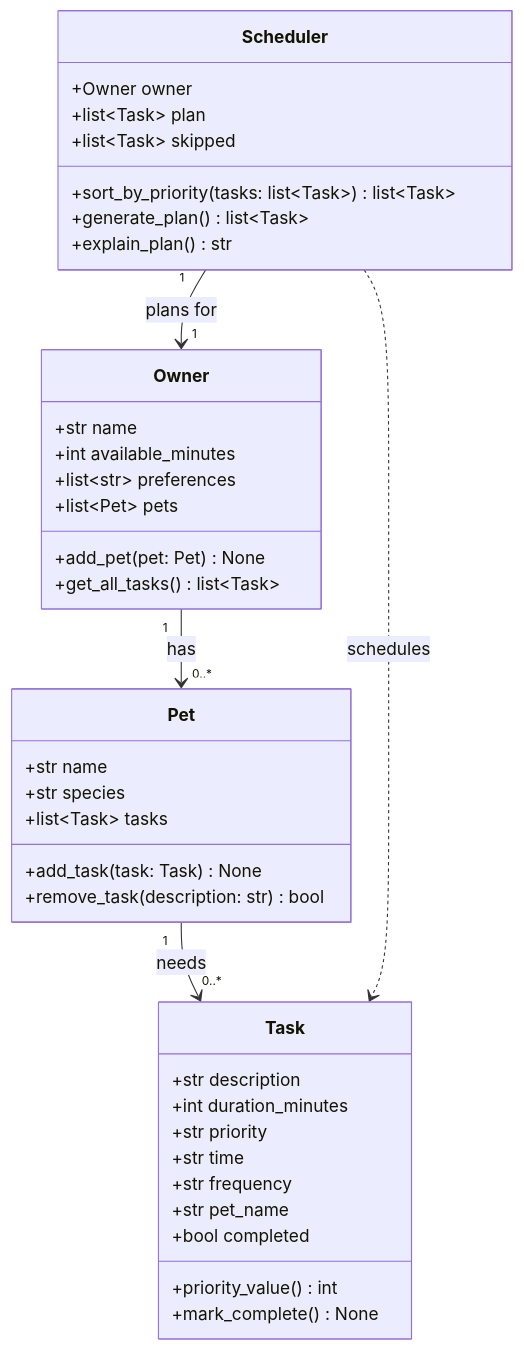
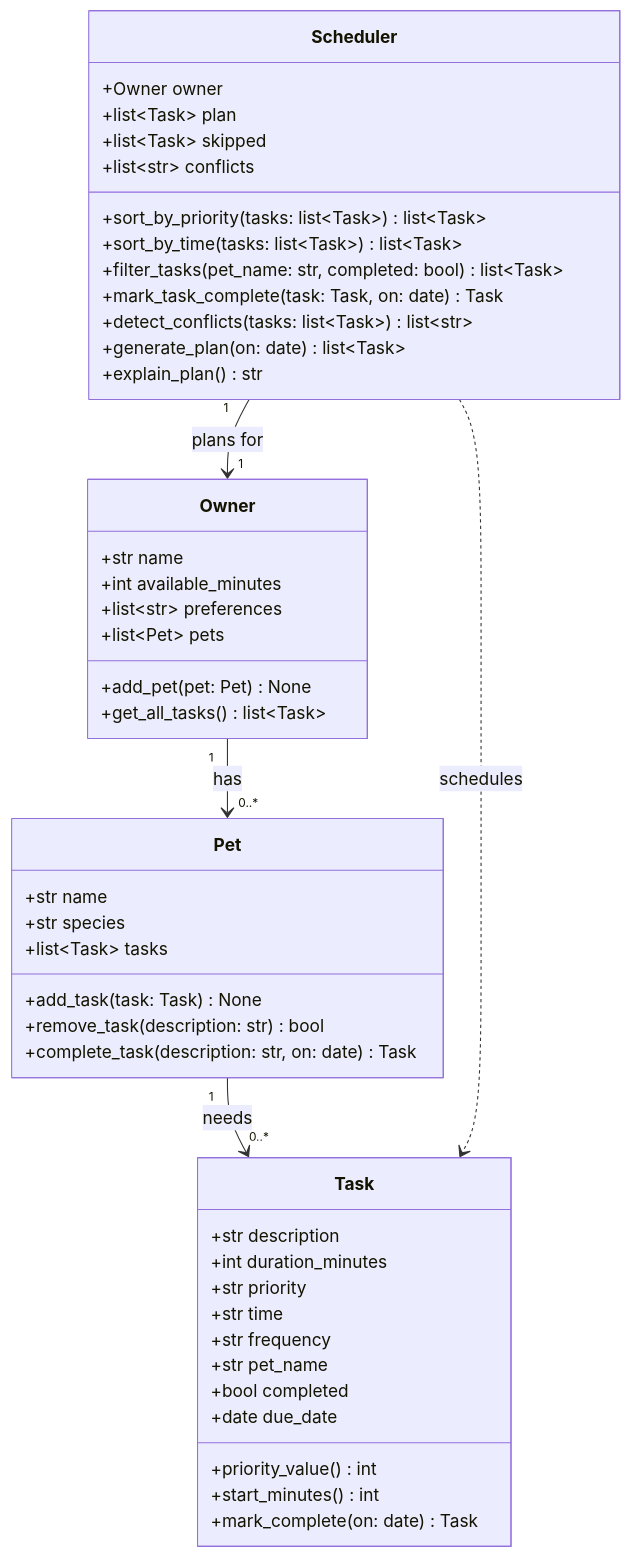
One commit to nnaji-john/ai110-module2show-pawpal-starter changed the diagram in diagrams/uml.mmd. Above: the diagram before and after it, drawn with Mermaid. The commit also changed 5 other files, not shown here.

```diff
--- a/diagrams/uml.mmd
+++ b/diagrams/uml.mmd
@@ -1,45 +1,53 @@
 classDiagram
     %% PawPal+ initial design (draft). Keep this file updated so it matches the final implementation.
 
     class Owner {
         +str name
         +int available_minutes
         +list~str~ preferences
         +list~Pet~ pets
         +add_pet(pet: Pet) None
         +get_all_tasks() list~Task~
     }
 
     class Pet {
         +str name
         +str species
         +list~Task~ tasks
         +add_task(task: Task) None
         +remove_task(description: str) bool
+        +complete_task(description: str, on: date) Task
     }
 
     class Task {
         +str description
         +int duration_minutes
         +str priority
         +str time
         +str frequency
         +str pet_name
         +bool completed
+        +date due_date
         +priority_value() int
-        +mark_complete() None
+        +start_minutes() int
+        +mark_complete(on: date) Task
     }
 
     class Scheduler {
         +Owner owner
         +list~Task~ plan
         +list~Task~ skipped
+        +list~str~ conflicts
         +sort_by_priority(tasks: list~Task~) list~Task~
-        +generate_plan() list~Task~
+        +sort_by_time(tasks: list~Task~) list~Task~
+        +filter_tasks(pet_name: str, completed: bool) list~Task~
+        +mark_task_complete(task: Task, on: date) Task
+        +detect_conflicts(tasks: list~Task~) list~str~
+        +generate_plan(on: date) list~Task~
         +explain_plan() str
     }
 
     Owner "1" --> "0..*" Pet : has
     Pet "1" --> "0..*" Task : needs
     Scheduler "1" --> "1" Owner : plans for
     Scheduler ..> Task : schedules
```
